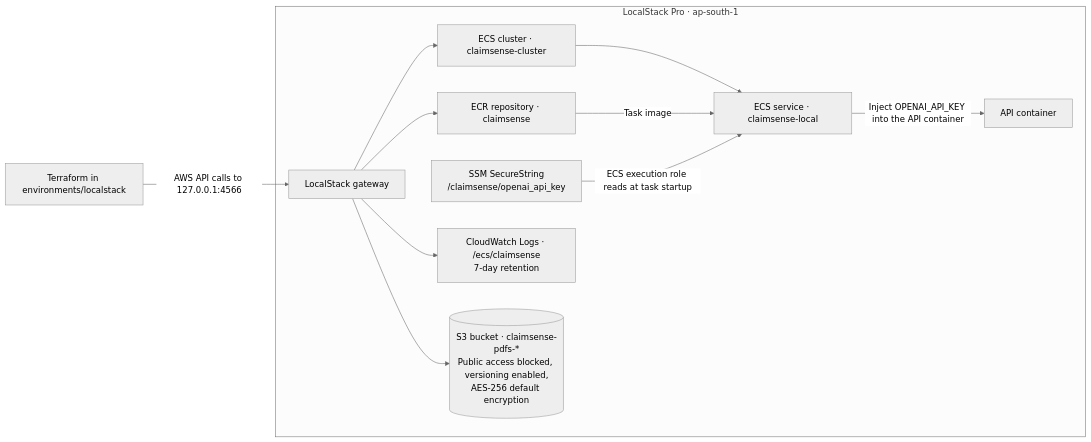
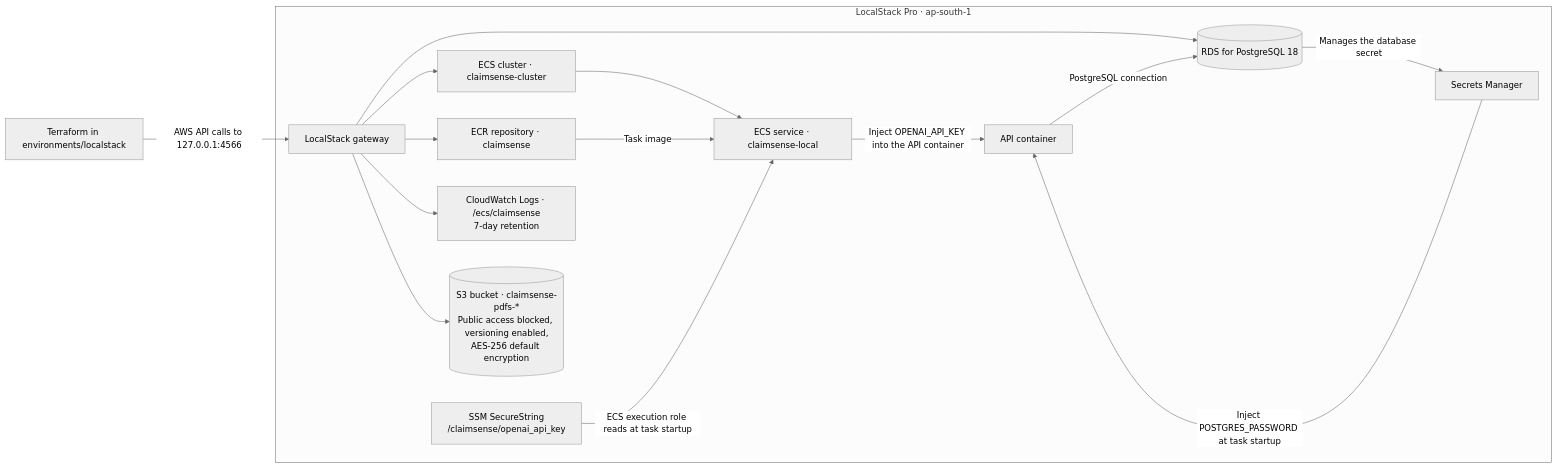
Before and after one commit to MP-30/Claim-Sense: the second of 3 diagrams in infra.md, drawn with Mermaid (neutral theme). The commit also changed other lines of this file and 13 other files, not shown here.

````diff
--- a/infra.md
+++ b/infra.md
@@ -31,15 +33,19 @@
 ```mermaid
 flowchart LR
     TF["Terraform in environments/localstack"] -->|"AWS API calls to 127.0.0.1:4566"| Gateway
     subgraph Local["LocalStack Pro · ap-south-1"]
         Gateway["LocalStack gateway"]
         Gateway --> ECR["ECR repository · claimsense"]
         Gateway --> ECS["ECS cluster · claimsense-cluster"]
         ECS --> Service["ECS service · claimsense-local"]
         ECR -->|"Task image"| Service
+        Gateway --> RDS[("RDS for PostgreSQL 18")]
+        RDS -->|"Manages the database secret"| DBSecret["Secrets Manager"]
         SSM["SSM SecureString<br/>/claimsense/openai_api_key"] -->|"ECS execution role reads at task startup"| Service
         Service -->|"Inject OPENAI_API_KEY into the API container"| TaskAPI["API container"]
+        DBSecret -->|"Inject POSTGRES_PASSWORD at task startup"| TaskAPI
+        TaskAPI -->|"PostgreSQL connection"| RDS
         Gateway --> Logs["CloudWatch Logs · /ecs/claimsense<br/>7-day retention"]
         Gateway --> S3[("S3 bucket · claimsense-pdfs-*<br/>Public access blocked, versioning enabled,<br/>AES-256 default encryption")]
     end
 ```
````
